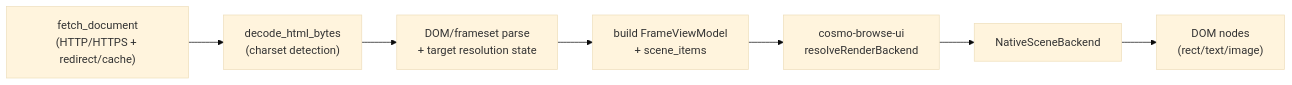
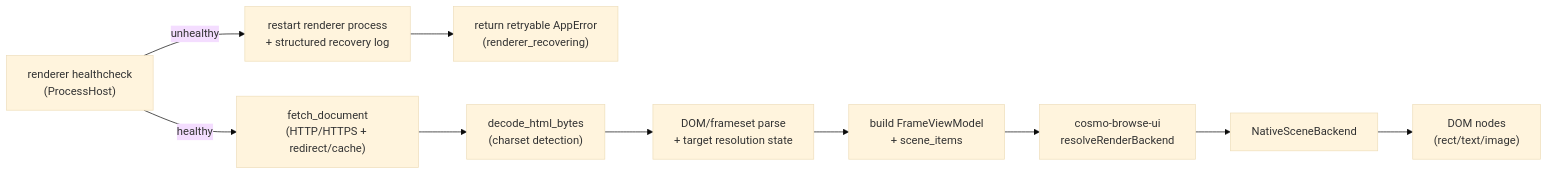
Before and after one commit to pkaiy81/CosmoBrowse: the diagram in docs/architecture/mermaid/render-pipeline.mmd, drawn with Mermaid (base theme). The commit also changed 8 other files, not shown here.

Commit message:
docs: update roadmap progress and recovery architecture flows

```diff
--- a/docs/architecture/mermaid/render-pipeline.mmd
+++ b/docs/architecture/mermaid/render-pipeline.mmd
@@ -1,7 +1,10 @@
 flowchart LR
-  A["fetch_document\n(HTTP/HTTPS + redirect/cache)"] --> B["decode_html_bytes\n(charset detection)"]
+  P0["renderer healthcheck\n(ProcessHost)"] -->|healthy| A["fetch_document\n(HTTP/HTTPS + redirect/cache)"]
+  P0 -->|unhealthy| P1["restart renderer process\n+ structured recovery log"]
+  P1 --> P2["return retryable AppError\n(renderer_recovering)"]
+  A --> B["decode_html_bytes\n(charset detection)"]
   B --> C["DOM/frameset parse\n+ target resolution state"]
   C --> D["build FrameViewModel\n+ scene_items"]
   D --> E["cosmo-browse-ui\nresolveRenderBackend"]
   E --> F["NativeSceneBackend"]
   F --> G["DOM nodes\n(rect/text/image)"]
```
